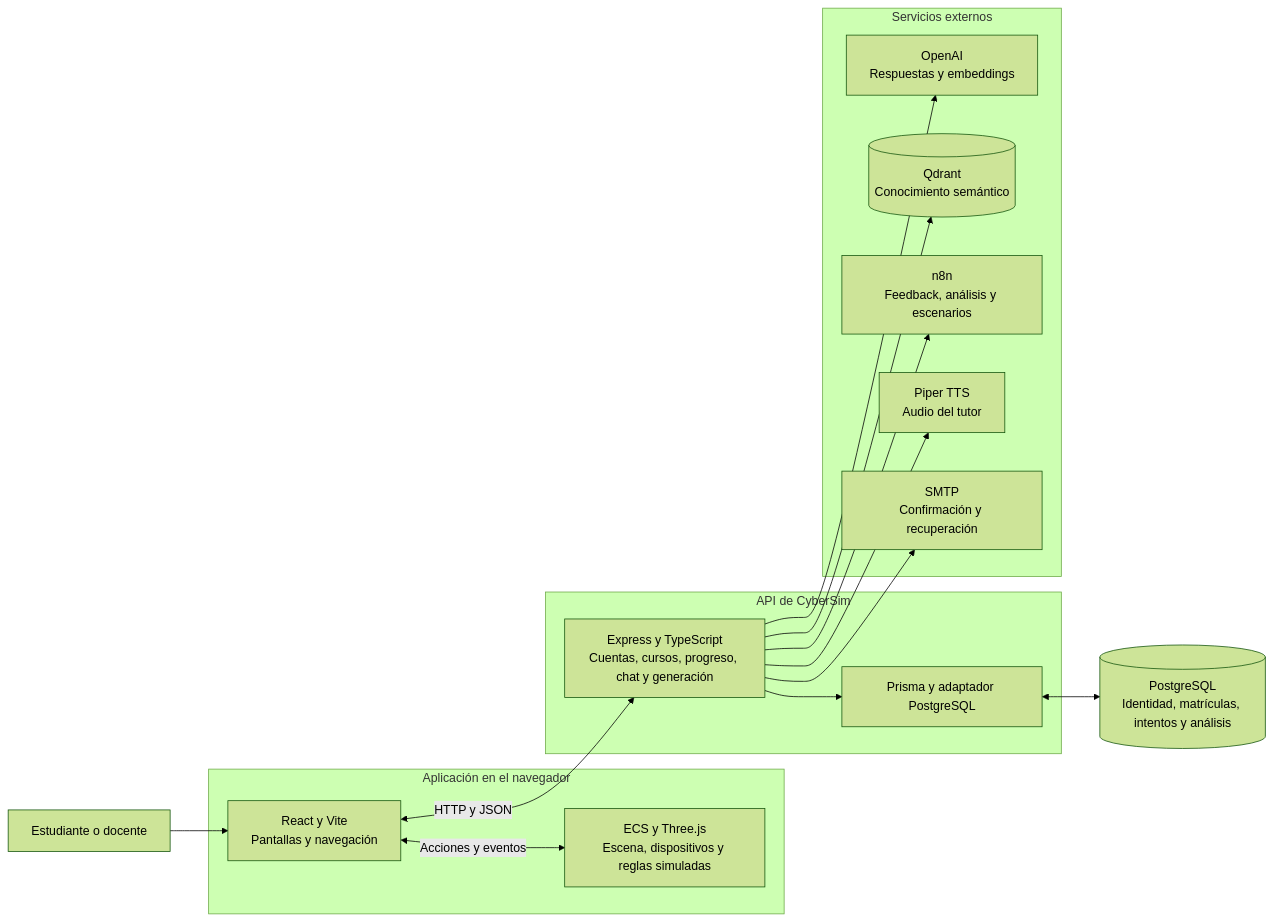
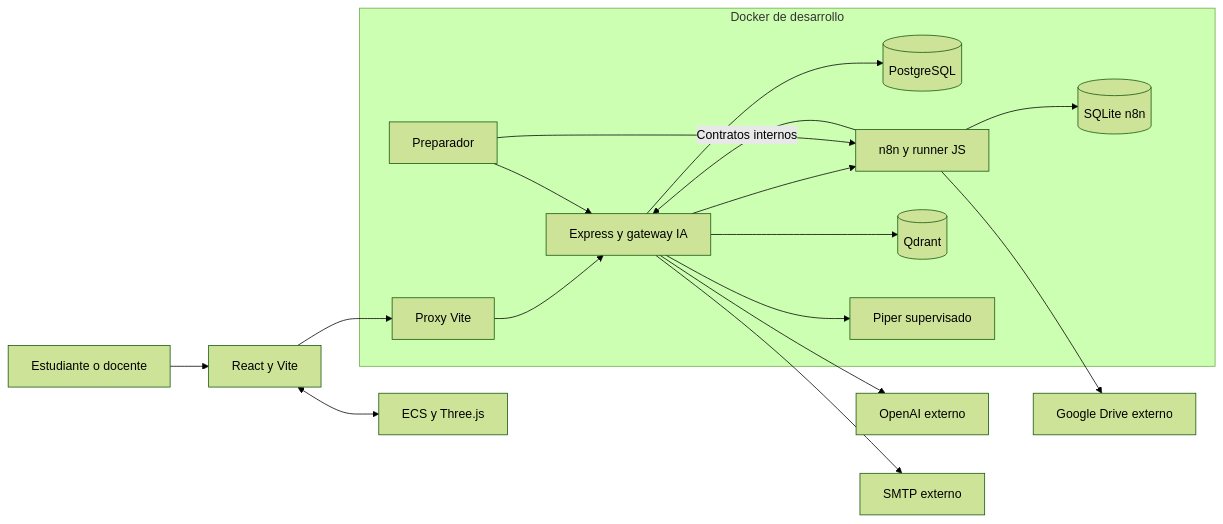
The diagram in docs/architecture/resumen.md (StivenJM/CyberSim), drawn with Mermaid (forest theme) before and after one commit. The commit also changed other lines of this file and 117 other files, not shown here.

````diff
--- a/docs/architecture/resumen.md
+++ b/docs/architecture/resumen.md
@@ -9,35 +11,27 @@
 ```mermaid
 flowchart LR
-    usuario[Estudiante o docente]
-
-    subgraph navegador[Aplicación en el navegador]
-        ui[React y Vite<br/>Pantallas y navegación]
-        motor[ECS y Three.js<br/>Escena, dispositivos y reglas simuladas]
-        ui <-->|Acciones y eventos| motor
+    persona[Estudiante o docente] --> ui[React y Vite]
+    ui <--> ecs[ECS y Three.js]
+    subgraph local[Docker de desarrollo]
+        vite[Proxy Vite]
+        api[Express y gateway IA]
+        pg[(PostgreSQL)]
+        n8n[n8n y runner JS]
+        sqlite[(SQLite n8n)]
+        qdrant[(Qdrant)]
+        piper[Piper supervisado]
+        prep[Preparador]
     end
-
-    subgraph servidor[API de CyberSim]
-        api[Express y TypeScript<br/>Cuentas, cursos, progreso, chat y generación]
-        prisma[Prisma y adaptador PostgreSQL]
-        api --> prisma
-    end
-
-    db[(PostgreSQL<br/>Identidad, matrículas, intentos y análisis)]
-
-    subgraph externos[Servicios externos]
-        openai[OpenAI<br/>Respuestas y embeddings]
-        qdrant[(Qdrant<br/>Conocimiento semántico)]
-        n8n[n8n<br/>Feedback, análisis y escenarios]
-        piper[Piper TTS<br/>Audio del tutor]
-        smtp[SMTP<br/>Confirmación y recuperación]
-    end
-
-    usuario --> ui
-    ui <-->|HTTP y JSON| api
-    prisma <--> db
-    api --> openai
+    ui --> vite --> api
+    api --> pg
+    api --> n8n
     api --> qdrant
-    api --> n8n
     api --> piper
-    api --> smtp
+    n8n --> sqlite
+    n8n -->|Contratos internos| api
+    prep --> api
+    prep --> n8n
+    api --> openai[OpenAI externo]
+    api --> smtp[SMTP externo]
+    n8n --> drive[Google Drive externo]
 ```
````
